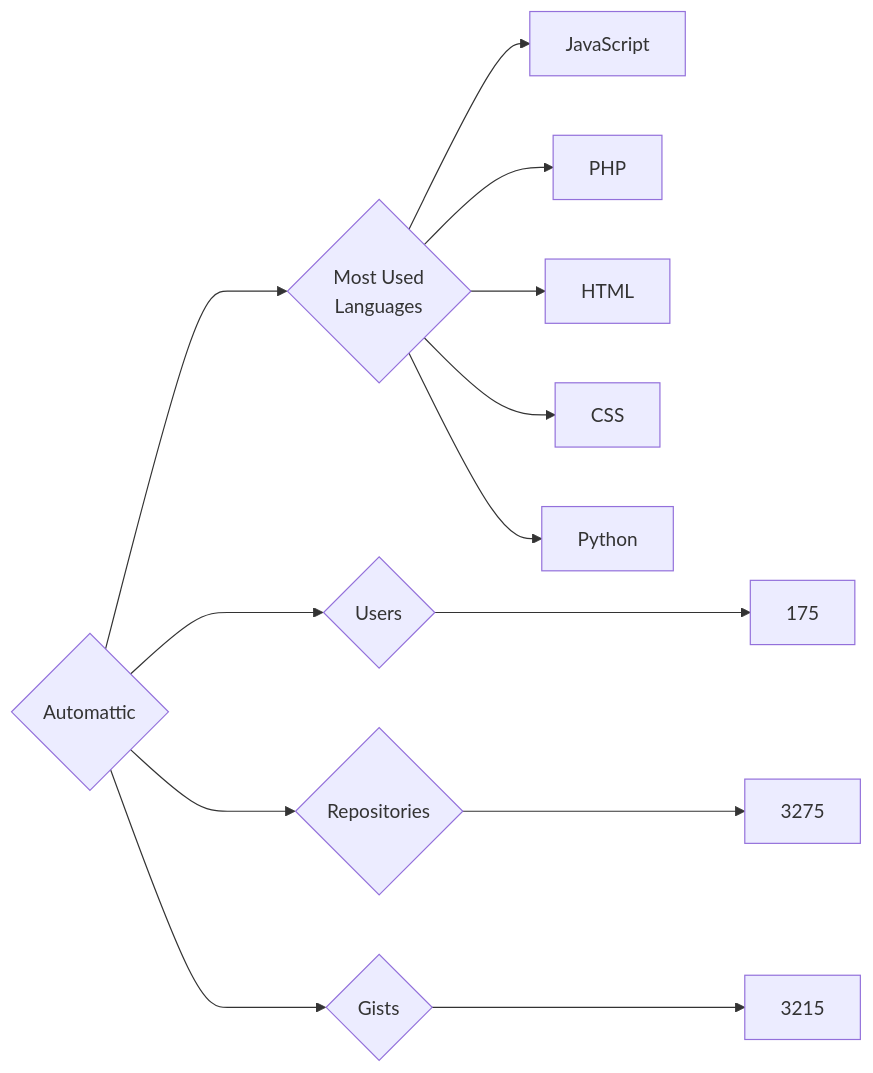
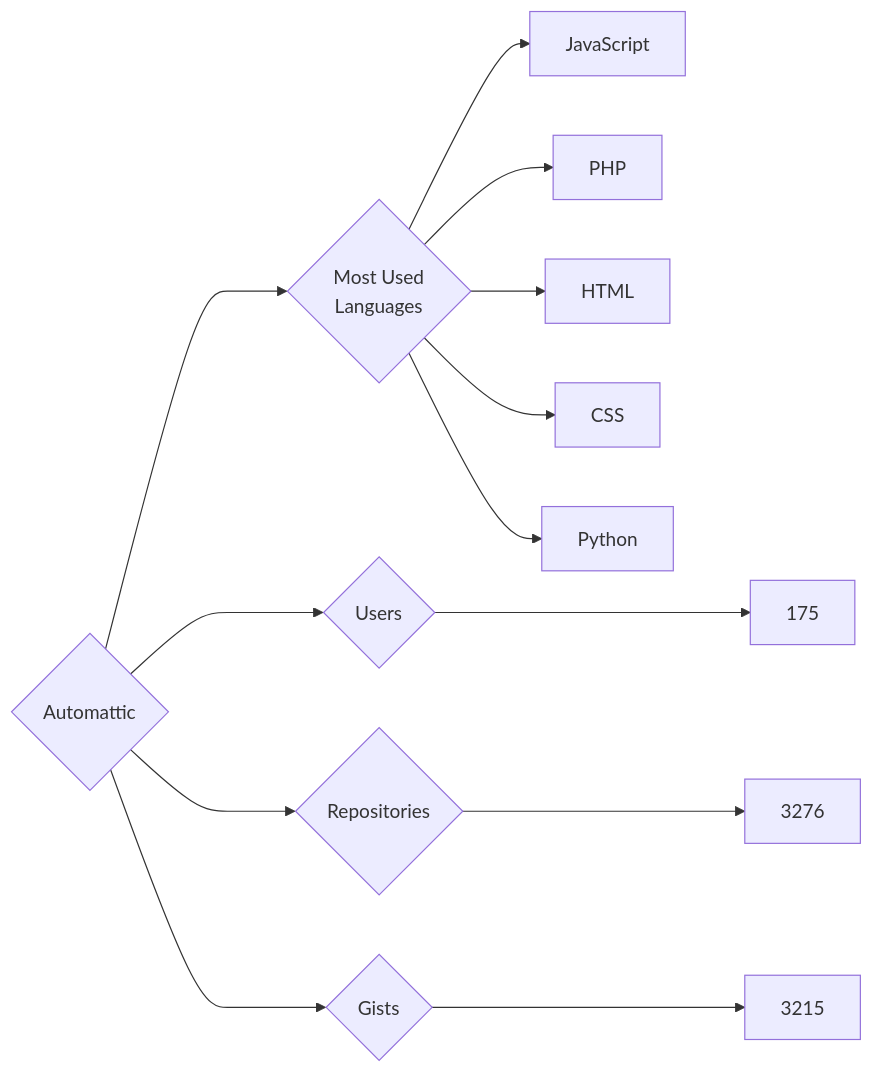
Before and after one commit to trickest/insiders: the diagram in targets/Automattic/README.md, drawn with Mermaid. The commit also changed 679 other files, not shown here.

````diff
--- a/targets/Automattic/README.md
+++ b/targets/Automattic/README.md
@@ -3,13 +3,13 @@
 ```mermaid
 graph LR
 COMPANY_NAME{Automattic}
 COMPANY_NAME ---> U{Users} ---> UN[175]
-COMPANY_NAME ---> R{Repositories} ---> RN[3275]
+COMPANY_NAME ---> R{Repositories} ---> RN[3276]
 COMPANY_NAME ---> G{Gists} ---> GN[3215]
 COMPANY_NAME ---> ML{Most Used<br>Languages}
 ML --> JavaScript[JavaScript]
 ML --> PHP[PHP]
 ML --> HTML[HTML]
 ML --> CSS[CSS]
 ML --> Python[Python]
 ```
````
